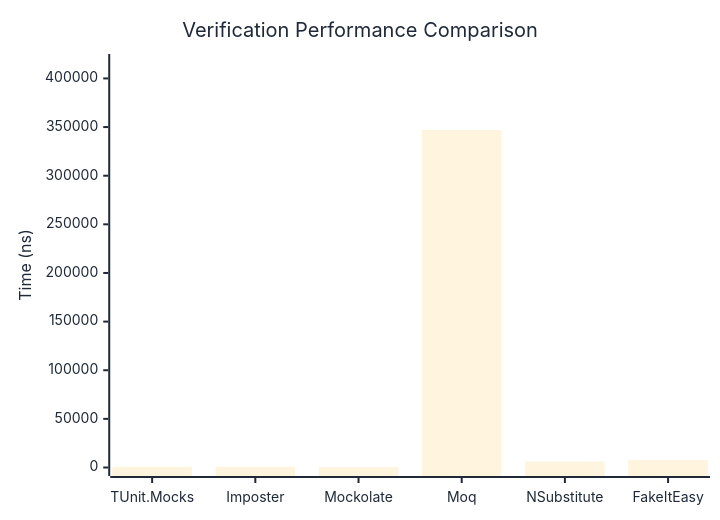
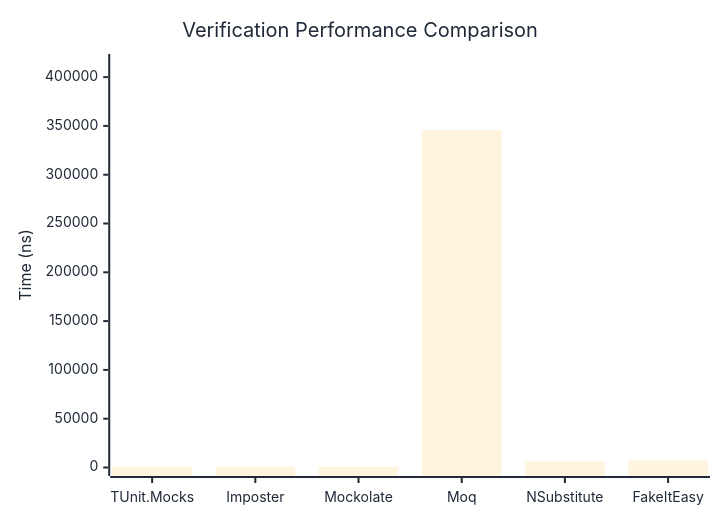
Before and after one commit to thomhurst/TUnit: the first of 3 diagrams in docs/docs/benchmarks/mocks/Verification.md, drawn with Mermaid. The commit also changed other lines of this file and 14 other files, not shown here.

````diff
--- a/docs/docs/benchmarks/mocks/Verification.md
+++ b/docs/docs/benchmarks/mocks/Verification.md
@@ -30,27 +30,27 @@
 ```mermaid
 %%{init: {
   'theme':'base',
   'themeVariables': {
     'primaryColor': '#2563eb',
     'primaryTextColor': '#1f2937',
     'primaryBorderColor': '#1e40af',
     'lineColor': '#6b7280',
     'secondaryColor': '#7c3aed',
     'tertiaryColor': '#dc2626',
     'background': '#ffffff',
     'pie1': '#2563eb',
     'pie2': '#7c3aed',
     'pie3': '#dc2626',
     'pie4': '#f59e0b',
     'pie5': '#10b981',
     'pie6': '#06b6d4',
     'pie7': '#ec4899',
     'pie8': '#6366f1'
   }
 }}%%
 xychart-beta
   title "Verification Performance Comparison"
   x-axis ["TUnit.Mocks", "Imposter", "Mockolate", "Moq", "NSubstitute", "FakeItEasy"]
-  y-axis "Time (ns)" 0 --> 416380
-  bar [743.44, 702.3, 417.43, 346982.8, 6122.32, 7566.98]
+  y-axis "Time (ns)" 0 --> 414968
+  bar [717.33, 694.34, 424.33, 345805.86, 6298.41, 7396.73]
 ```
````
